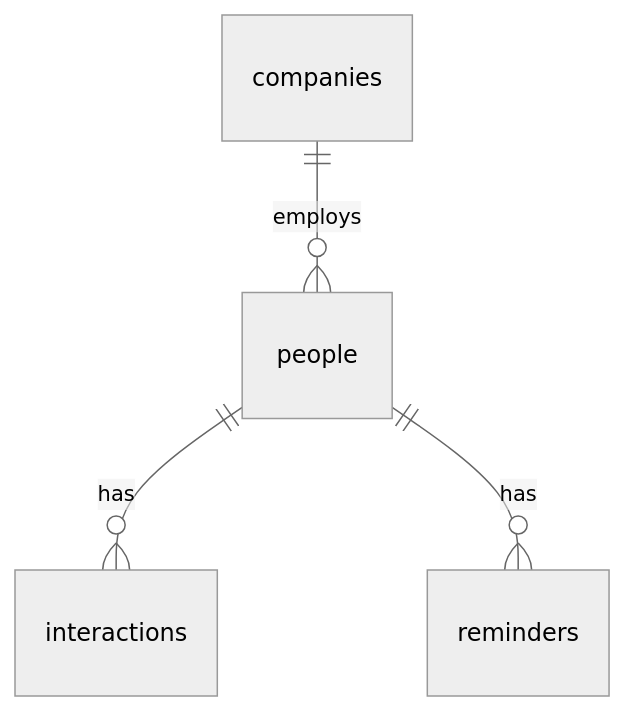
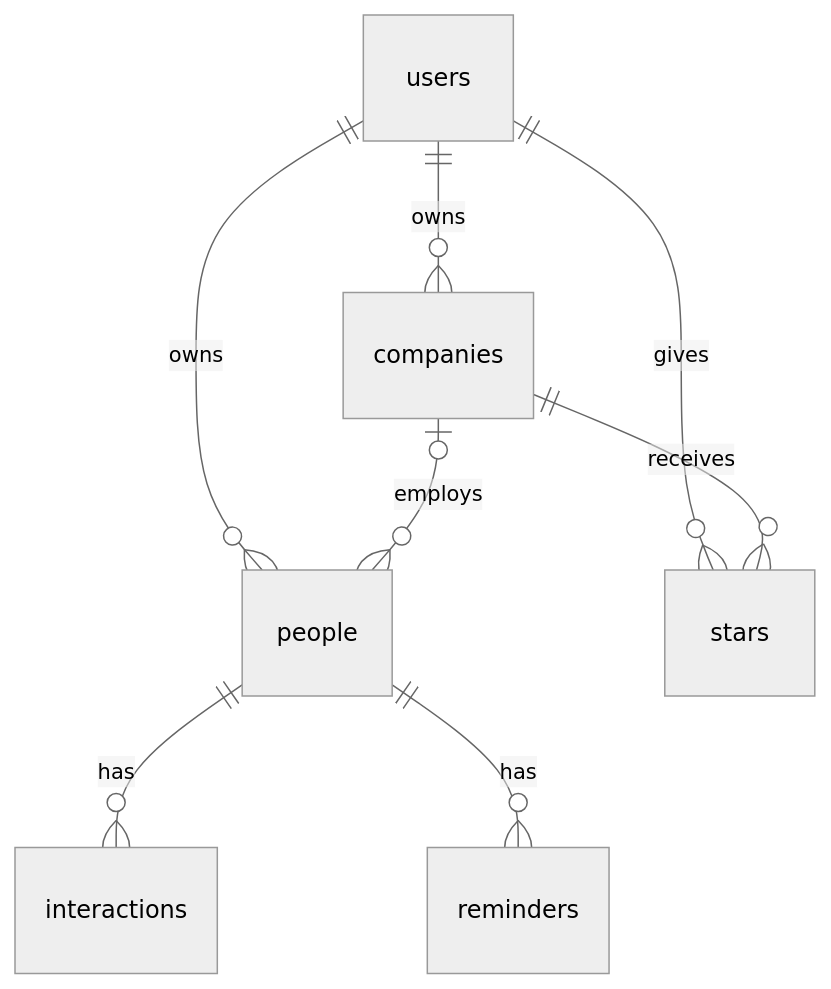
Before and after one commit to akhil-neelam-ai/recruiting-tracker: the diagram in PLAN.md, drawn with Mermaid (neutral theme). The commit also changed other lines of this file and 1 other file, not shown here.

````diff
--- a/PLAN.md
+++ b/PLAN.md
@@ -26,6 +31,10 @@
 ```mermaid
 erDiagram
-  companies ||--o{ people : employs
+  users ||--o{ companies : owns
+  users ||--o{ people : owns
+  users ||--o{ stars : gives
+  companies ||--o{ stars : receives
+  companies |o--o{ people : employs
   people ||--o{ interactions : has
   people ||--o{ reminders : has
 ```
````
